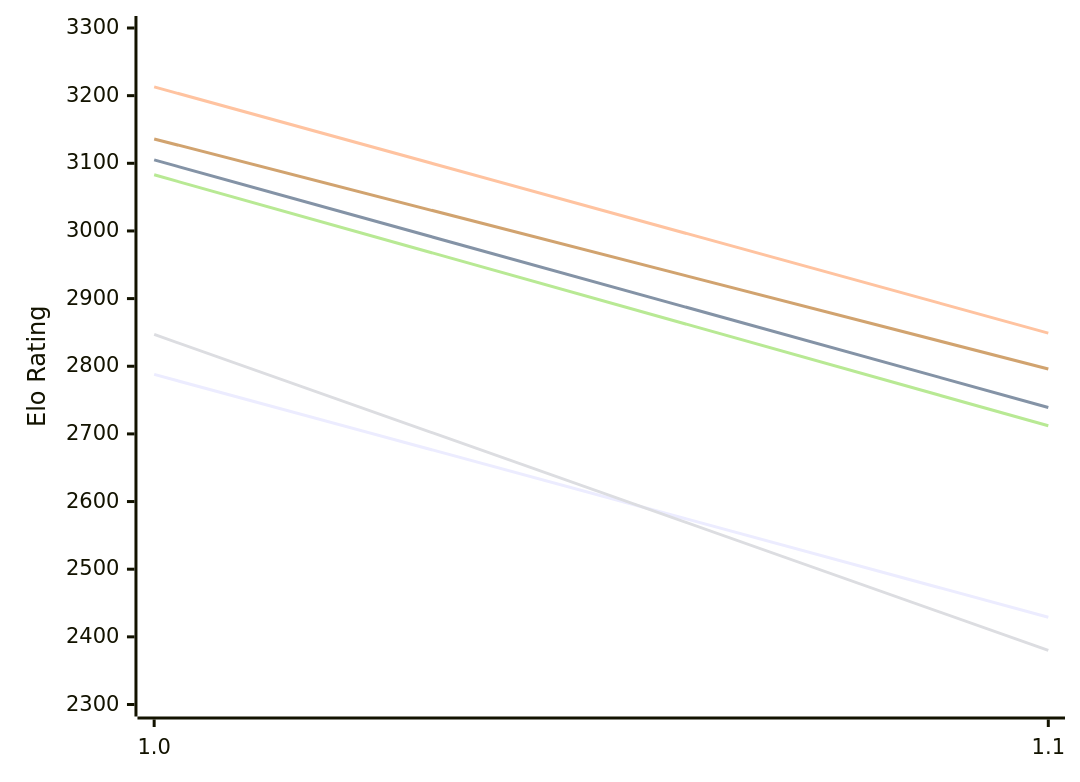
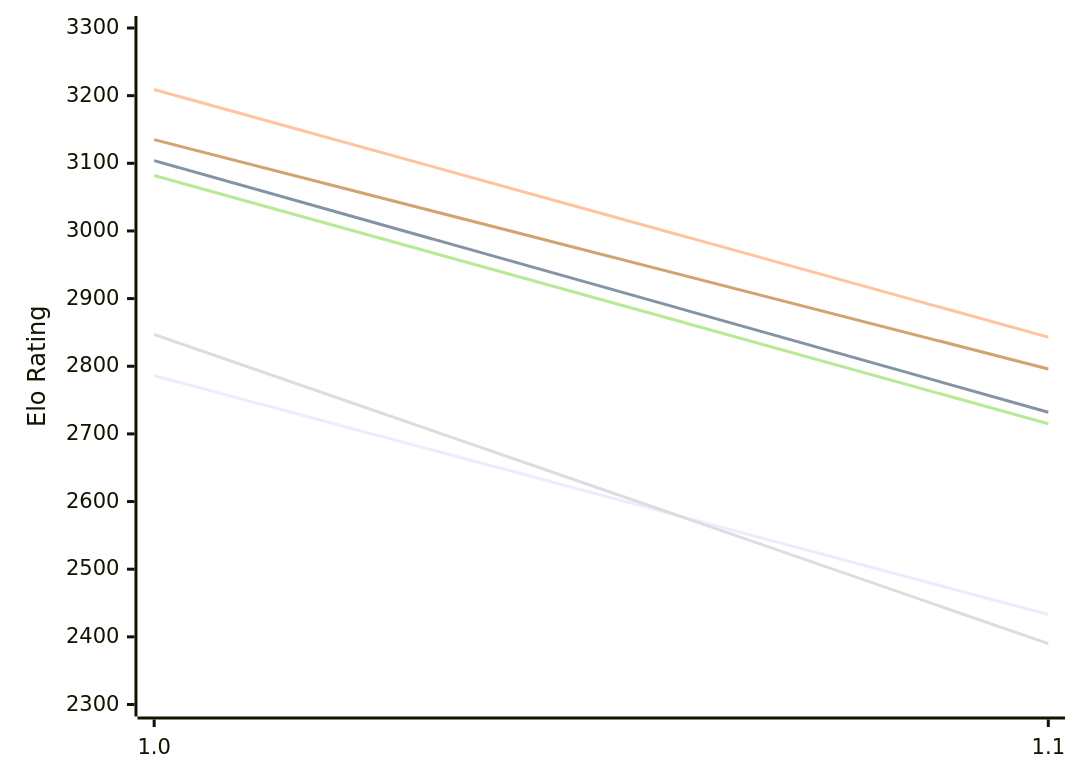
Before and after one commit to computer-chess-index/cci: the first of 2 diagrams in engines/Publius.md, drawn with Mermaid. The commit also changed other lines of this file, not shown here.

Commit message:
Update CCI Ratings (ELO VLTC) - 2026-11-26

````diff
--- a/engines/Publius.md
+++ b/engines/Publius.md
@@ -50,12 +50,12 @@
 ```mermaid
 %%{init: {"theme":"base","themeVariables":{"seriesColors:['#a3a3a3','#222221','#faa371']}}}%%
 xychart-beta
   x-axis ["1.0", "1.1"]
   y-axis "Elo Rating" 2300 --> 3300
-  line "E1: STC (8.0+0.08s)" [2788, 2429]
-  line "E1: LTC (60.0+0.60s)" [3105, 2739]
-  line "E1: VLTC (2m24s+1.12s)" [3213, 2849]
-  line "P1: STC (8.0+0.08s)" [2847, 2380]
-  line "P1: LTC (60.0+0.60s)" [3083, 2712]
-  line "P1: VLTC (2m24s+1.12s)" [3136, 2796]
+  line "E1: STC (8.0+0.08s)" [2786, 2433]
+  line "E1: LTC (60.0+0.60s)" [3104, 2732]
+  line "E1: VLTC (2m24s+1.12s)" [3209, 2843]
+  line "P1: STC (8.0+0.08s)" [2847, 2390]
+  line "P1: LTC (60.0+0.60s)" [3082, 2715]
+  line "P1: VLTC (2m24s+1.12s)" [3135, 2796]
 ```
````
